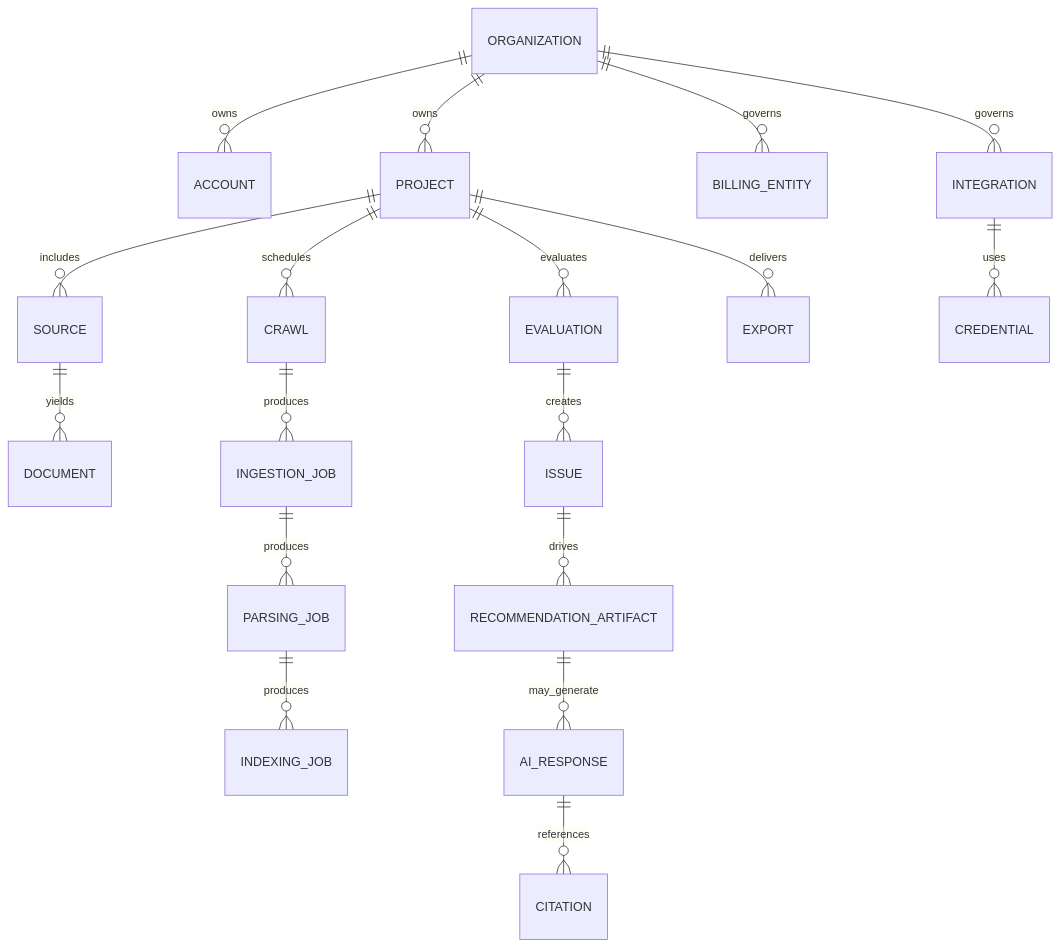
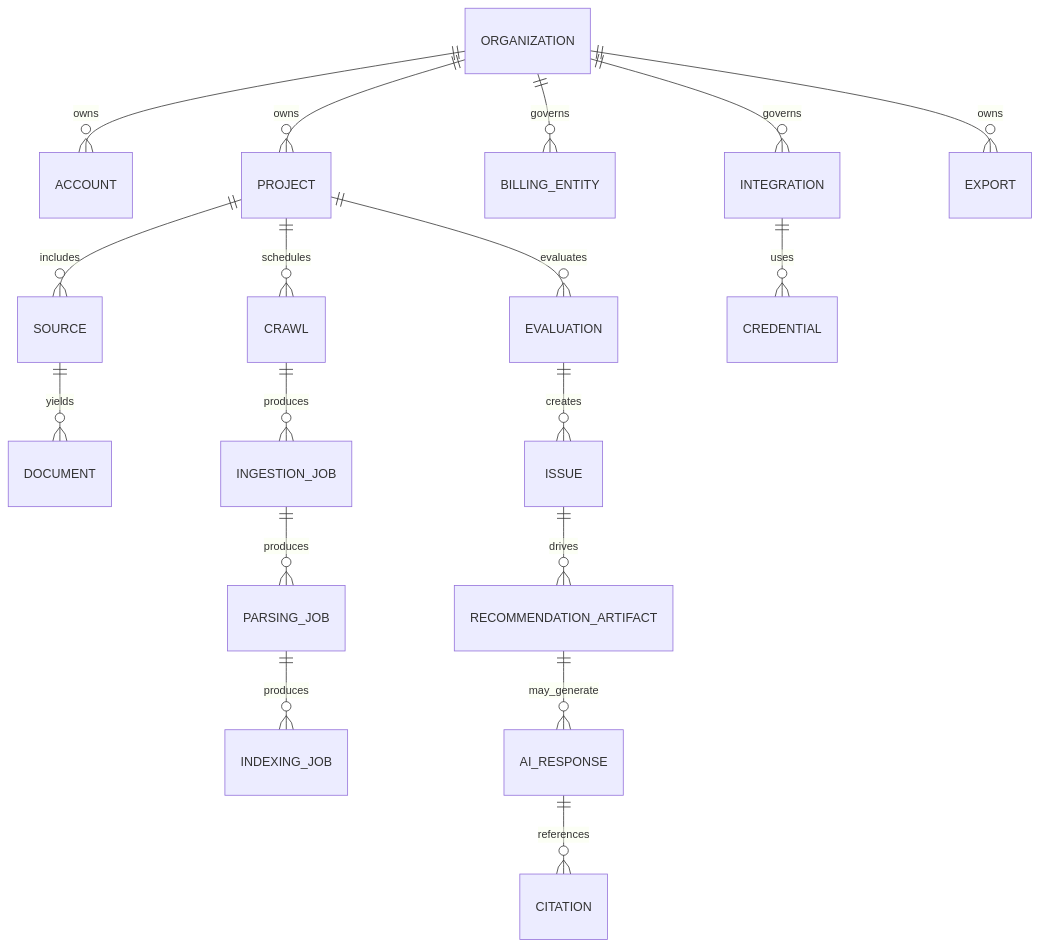
The diagram in diagrams/DOMAIN_MODEL.md (keny369/videt.ai), drawn with Mermaid before and after one commit. The commit also changed other lines of this file and 20 other files, not shown here.

````diff
--- a/diagrams/DOMAIN_MODEL.md
+++ b/diagrams/DOMAIN_MODEL.md
@@ -21,24 +21,24 @@
 ```mermaid
 erDiagram
     ORGANIZATION ||--o{ ACCOUNT : owns
     ORGANIZATION ||--o{ PROJECT : owns
     ORGANIZATION ||--o{ BILLING_ENTITY : governs
     ORGANIZATION ||--o{ INTEGRATION : governs
+    ORGANIZATION ||--o{ EXPORT : owns
 
     PROJECT ||--o{ SOURCE : includes
     SOURCE ||--o{ DOCUMENT : yields
 
     PROJECT ||--o{ CRAWL : schedules
     CRAWL ||--o{ INGESTION_JOB : produces
     INGESTION_JOB ||--o{ PARSING_JOB : produces
     PARSING_JOB ||--o{ INDEXING_JOB : produces
 
     PROJECT ||--o{ EVALUATION : evaluates
     EVALUATION ||--o{ ISSUE : creates
     ISSUE ||--o{ RECOMMENDATION_ARTIFACT : drives
     RECOMMENDATION_ARTIFACT ||--o{ AI_RESPONSE : may_generate
     AI_RESPONSE ||--o{ CITATION : references
 
-    PROJECT ||--o{ EXPORT : delivers
     INTEGRATION ||--o{ CREDENTIAL : uses
 ```
````
